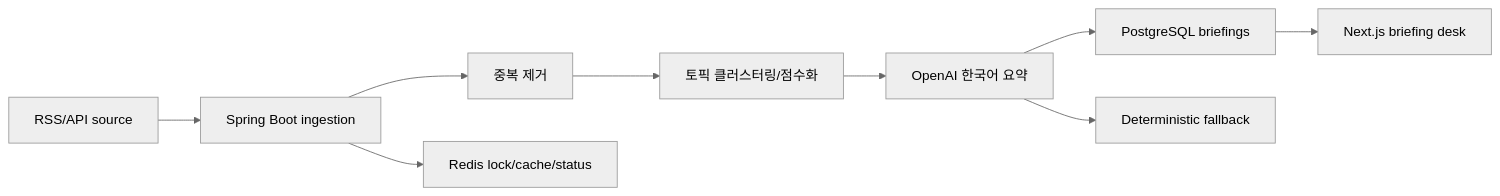
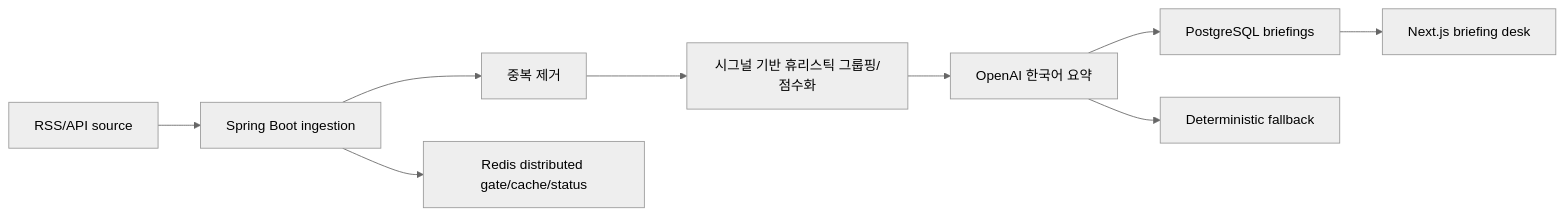
Before and after one commit to jinhyuk9714/devbrief: the diagram in README.md, drawn with Mermaid (neutral theme). The commit also changed other lines of this file and 18 other files, not shown here.

````diff
--- a/README.md
+++ b/README.md
@@ -26,11 +30,11 @@
 ```mermaid
 flowchart LR
   A["RSS/API source"] --> B["Spring Boot ingestion"]
   B --> C["중복 제거"]
-  C --> D["토픽 클러스터링/점수화"]
+  C --> D["시그널 기반 휴리스틱 그룹핑/점수화"]
   D --> E["OpenAI 한국어 요약"]
   E --> F["PostgreSQL briefings"]
   F --> G["Next.js briefing desk"]
-  B --> H["Redis lock/cache/status"]
+  B --> H["Redis distributed gate/cache/status"]
   E --> I["Deterministic fallback"]
 ```
````
